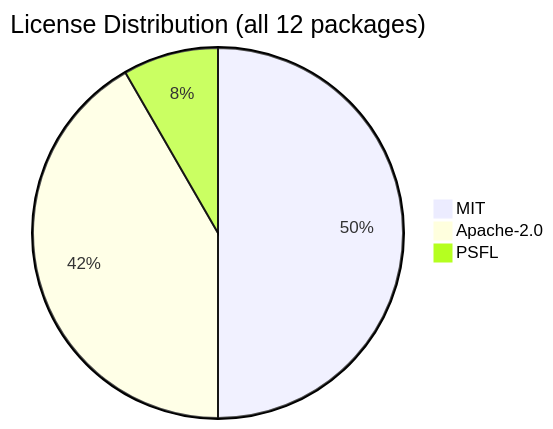
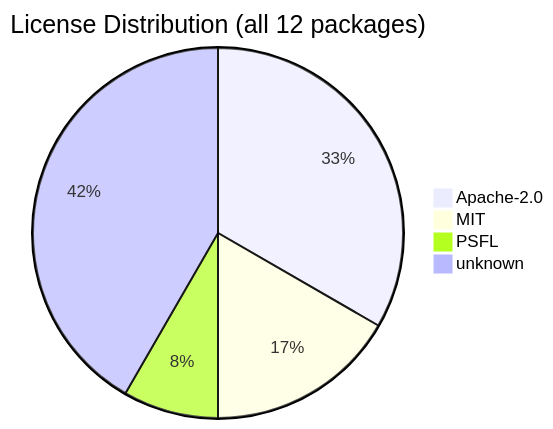
One commit to svenroth-ai/shipwright changed the diagram in .shipwright/compliance/sbom.md. Above: the diagram before and after it, drawn with Mermaid. The commit also changed other lines of this file and 42 other files, not shown here.

````diff
--- a/.shipwright/compliance/sbom.md
+++ b/.shipwright/compliance/sbom.md
@@ -20,6 +20,7 @@
 ```mermaid
 pie title License Distribution (all 12 packages)
-    "MIT" : 6
-    "Apache-2.0" : 5
+    "Apache-2.0" : 4
+    "MIT" : 2
     "PSFL" : 1
+    "unknown" : 5
 ```
````
